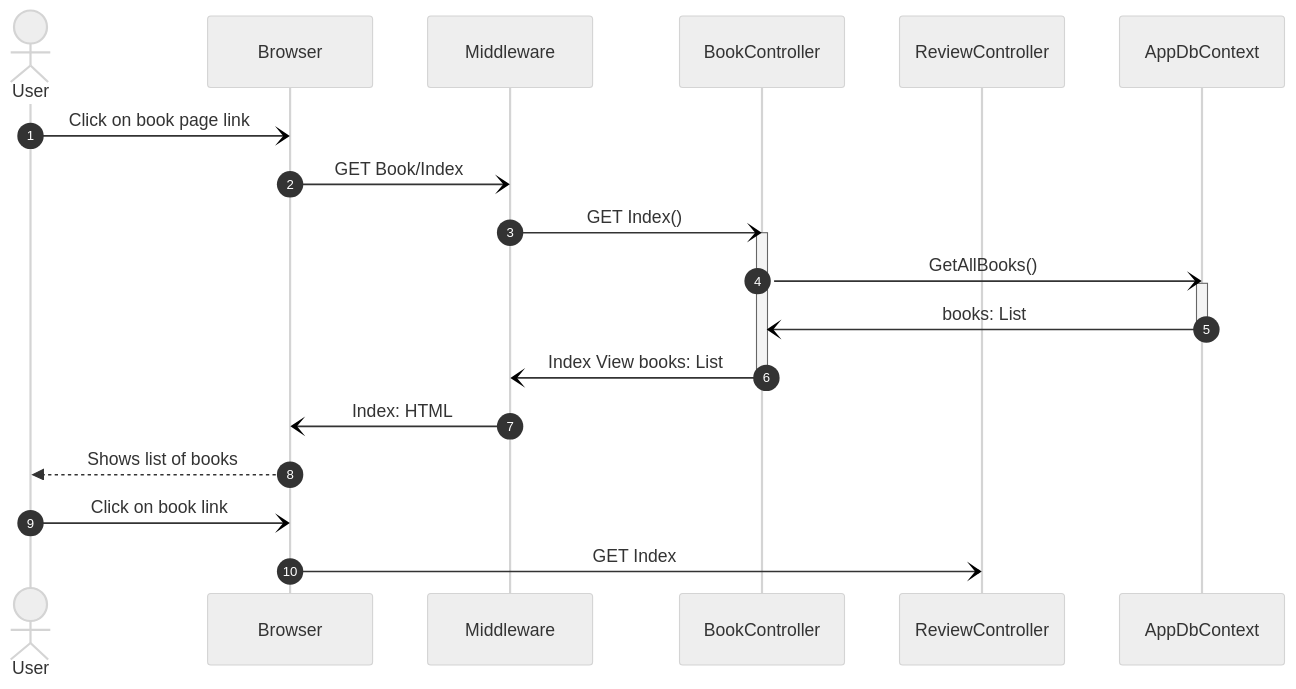
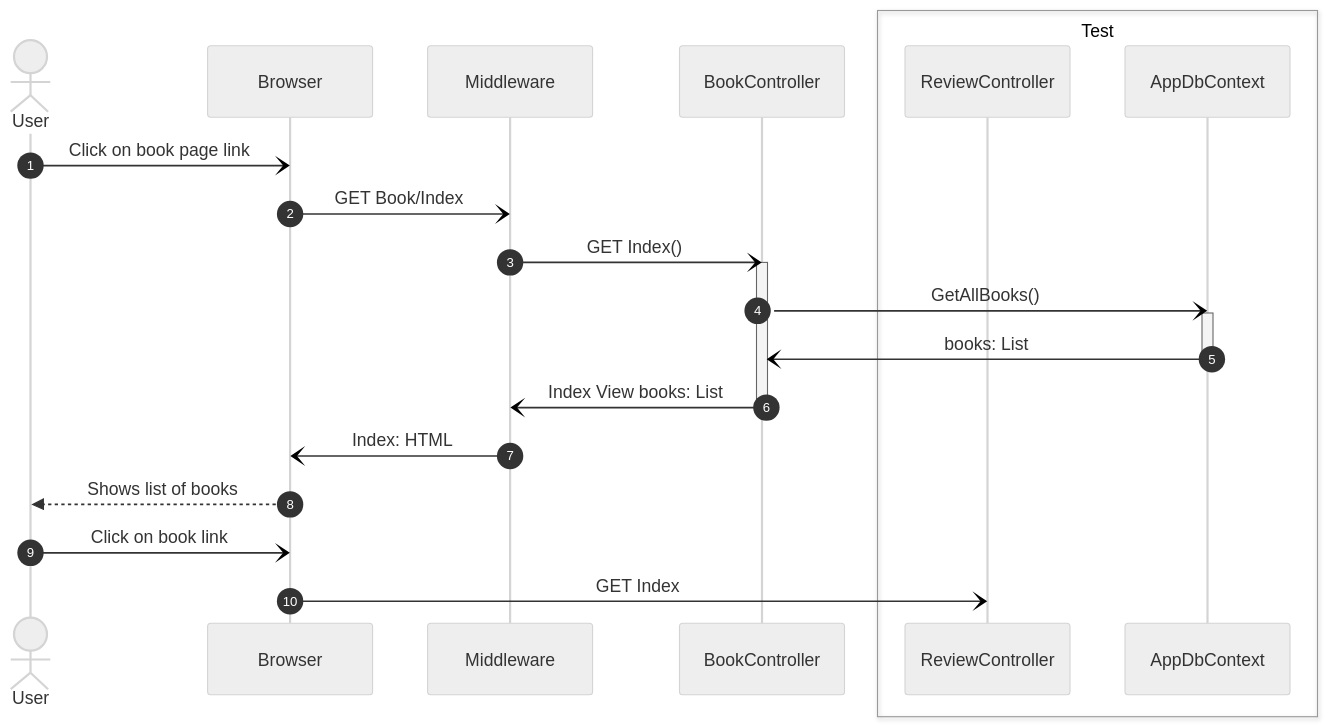
Before and after one commit to ProfBird/CS246-CourseMaterials: the diagram in LectureNotes/Images/BookReviewSequenceDiagram.mmd, drawn with Mermaid (neutral theme).

Commit message:
More additions

```diff
--- a/LectureNotes/Images/BookReviewSequenceDiagram.mmd
+++ b/LectureNotes/Images/BookReviewSequenceDiagram.mmd
@@ -1,24 +1,24 @@
 sequenceDiagram
 actor User
 participant Browser
 participant Middleware
 participant BookController
-participant ReviewController
-participant AppDbContext
+box Test
+    participant ReviewController
+    participant AppDbContext
+end
 autonumber
-
     User-)Browser: Click on book page link
     Browser-)Middleware: GET Book/Index
     Middleware-)BookController: GET Index()
     activate BookController
     BookController-)AppDbContext: GetAllBooks()
      activate AppDbContext
     AppDbContext-)BookController: books: List
     deactivate AppDbContext
     BookController-)Middleware: Index View books: List
     deactivate BookController
     Middleware-)Browser: Index: HTML
     Browser-->>User: Shows list of books
-
     User-)Browser: Click on book link
     Browser-)ReviewController: GET Index
```
